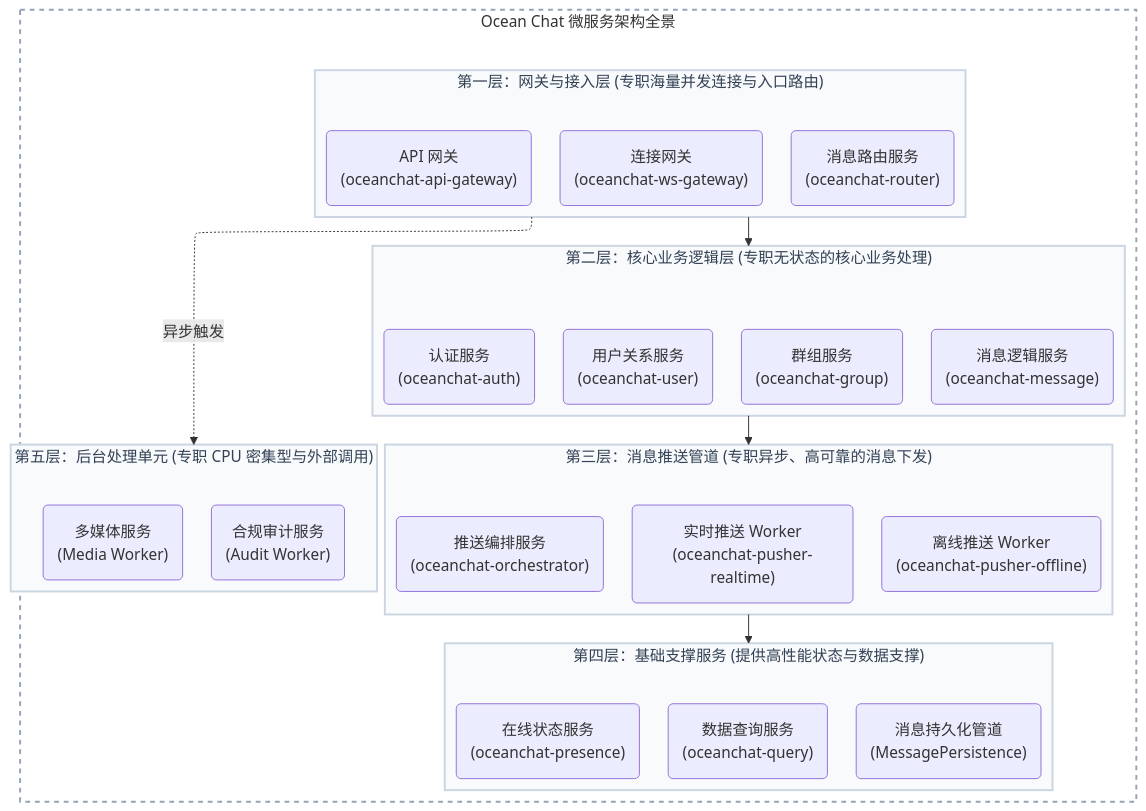
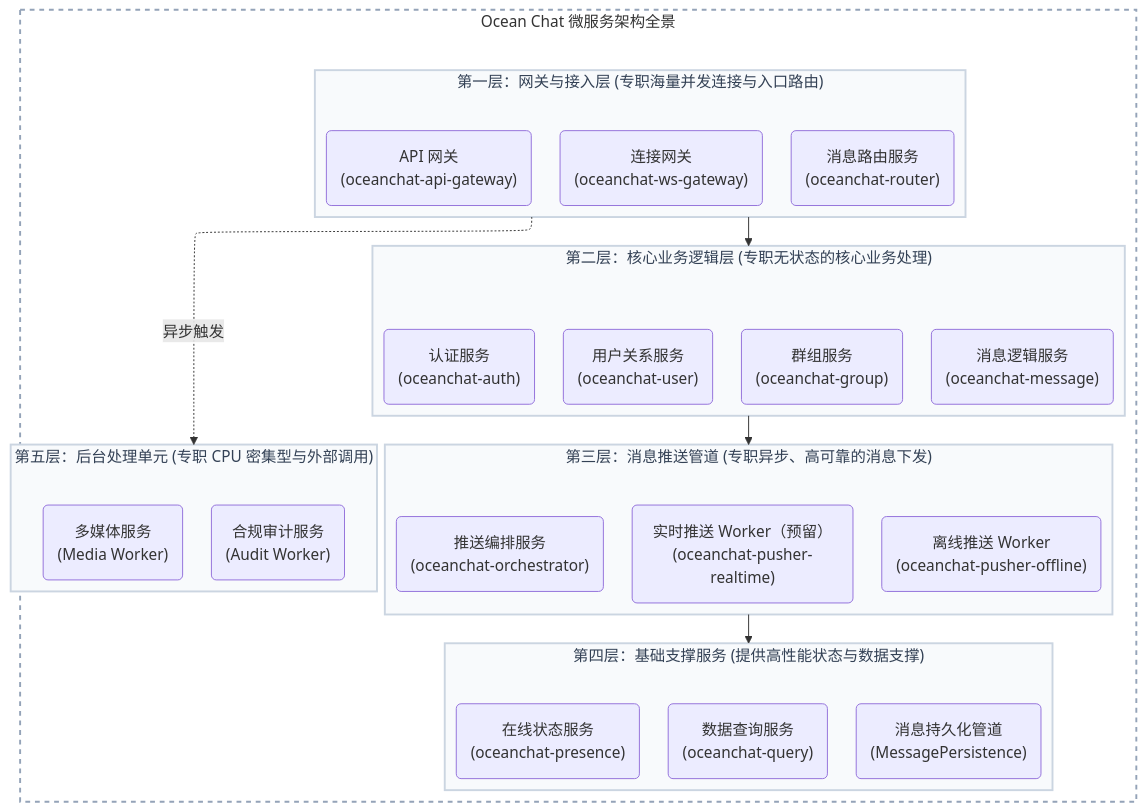
One commit to JamesWilson19970101/ocean.chat.docs changed the first of 2 diagrams in i18n/zh-CN/docusaurus-plugin-content-docs/current/devdocs/microservice.md. Above: the diagram before and after it, drawn with Mermaid. The commit also changed other lines of this file and 5 other files, not shown here.

First line of the commit message:
docs: mark pusher-realtime reserved; orchestrator owns online fan-out

````diff
--- a/i18n/zh-CN/docusaurus-plugin-content-docs/current/devdocs/microservice.md
+++ b/i18n/zh-CN/docusaurus-plugin-content-docs/current/devdocs/microservice.md
@@ -34,46 +34,46 @@
 ```mermaid
 ---
 config:
   layout: elk
 ---
 flowchart TB
     subgraph System ["Ocean Chat 微服务架构全景"]
         direction TB
 
         subgraph Layer1 ["第一层：网关与接入层 (专职海量并发连接与入口路由)"]
             direction LR
             API("API 网关\n(oceanchat-api-gateway)") ~~~ WS("连接网关\n(oceanchat-ws-gateway)") ~~~ Router("消息路由服务\n(oceanchat-router)")
         end
 
         subgraph Layer2 ["第二层：核心业务逻辑层 (专职无状态的核心业务处理)"]
             direction LR
             Auth("认证服务\n(oceanchat-auth)") ~~~ User("用户关系服务\n(oceanchat-user)") ~~~ Group("群组服务\n(oceanchat-group)") ~~~ Msg("消息逻辑服务\n(oceanchat-message)")
         end
 
         subgraph Layer3 ["第三层：消息推送管道 (专职异步、高可靠的消息下发)"]
             direction LR
-            Orch("推送编排服务\n(oceanchat-orchestrator)") ~~~ PushRT("实时推送 Worker\n(oceanchat-pusher-realtime)") ~~~ PushOff("离线推送 Worker\n(oceanchat-pusher-offline)")
+            Orch("推送编排服务\n(oceanchat-orchestrator)") ~~~ PushRT("实时推送 Worker（预留）\n(oceanchat-pusher-realtime)") ~~~ PushOff("离线推送 Worker\n(oceanchat-pusher-offline)")
         end
 
         subgraph Layer4 ["第四层：基础支撑服务 (提供高性能状态与数据支撑)"]
             direction LR
             Presence("在线状态服务\n(oceanchat-presence)") ~~~ Query("数据查询服务\n(oceanchat-query)") ~~~ DBWorker("消息持久化管道\n(MessagePersistence)")
         end
 
         subgraph Layer5 ["第五层：后台处理单元 (专职 CPU 密集型与外部调用)"]
             direction LR
             Media("多媒体服务\n(Media Worker)") ~~~ Audit("合规审计服务\n(Audit Worker)")
         end
 
         Layer1 --> Layer2
         Layer2 --> Layer3
         Layer3 --> Layer4
         Layer1 -. 异步触发 .-> Layer5
     end
 
     classDef layer fill:#f8fafc,stroke:#cbd5e1,stroke-width:2px,color:#334155;
     classDef system fill:#ffffff,stroke:#94a3b8,stroke-width:2px,stroke-dasharray: 5 5;
     class Layer1,Layer2,Layer3,Layer4,Layer5 layer;
     class System system;
 
 ```
````
